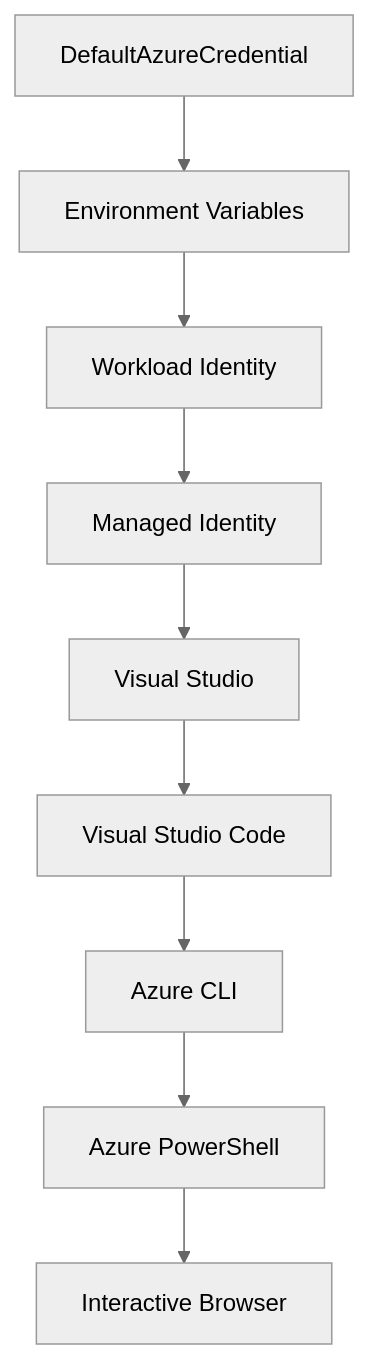
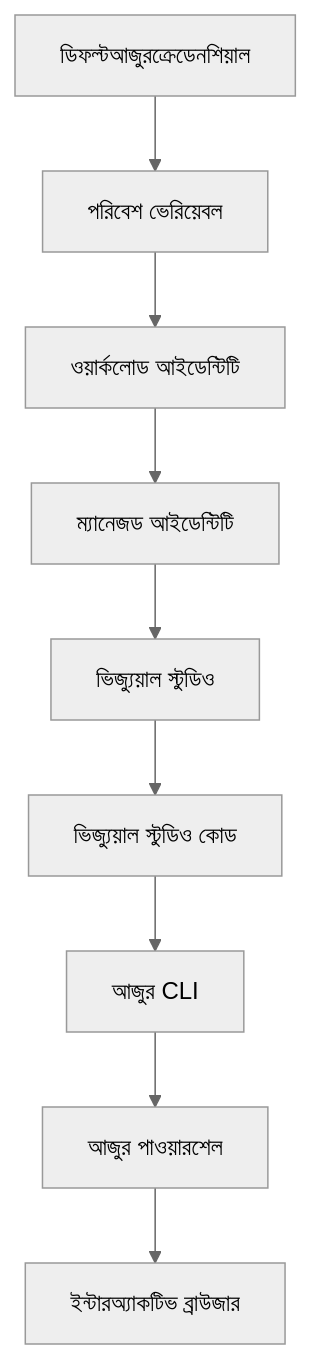
The second of 2 diagrams in translations/bn/docs/getting-started/azd-basics.md (microsoft/AZD-for-beginners), drawn with Mermaid (neutral theme) before and after one commit. The commit also changed other lines of this file and 98 other files, not shown here.

````diff
--- a/translations/bn/docs/getting-started/azd-basics.md
+++ b/translations/bn/docs/getting-started/azd-basics.md
@@ -295,11 +565,11 @@
 ```mermaid
 graph TD
-    A[DefaultAzureCredential] --> B[Environment Variables]
-    B --> C[Workload Identity]
-    C --> D[Managed Identity]
-    D --> E[Visual Studio]
-    E --> F[Visual Studio Code]
-    F --> G[Azure CLI]
-    G --> H[Azure PowerShell]
-    H --> I[Interactive Browser]
+    A[ডিফল্টআজুরক্রেডেনশিয়াল] --> B[পরিবেশ ভেরিয়েবল]
+    B --> C[ওয়ার্কলোড আইডেন্টিটি]
+    C --> D[ম্যানেজড আইডেন্টিটি]
+    D --> E[ভিজ্যুয়াল স্টুডিও]
+    E --> F[ভিজ্যুয়াল স্টুডিও কোড]
+    F --> G[আজুর CLI]
+    G --> H[আজুর পাওয়ারশেল]
+    H --> I[ইন্টারঅ্যাকটিভ ব্রাউজার]
 ```
````
